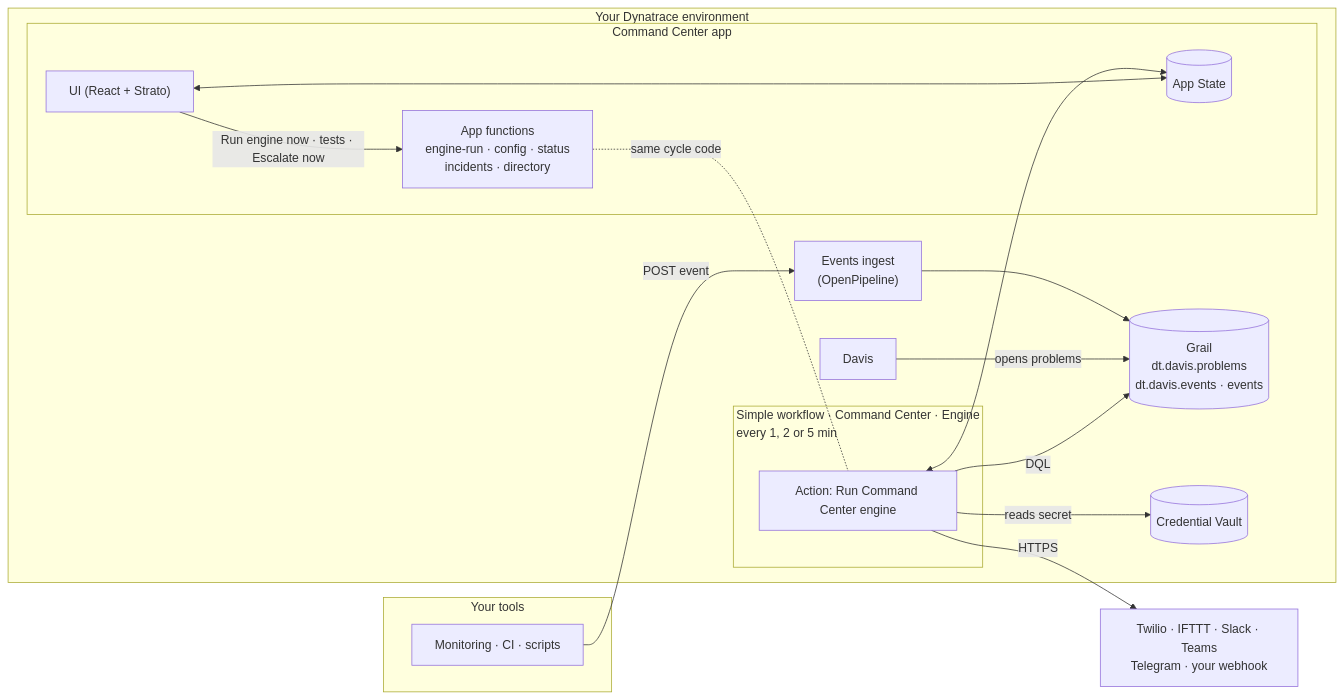
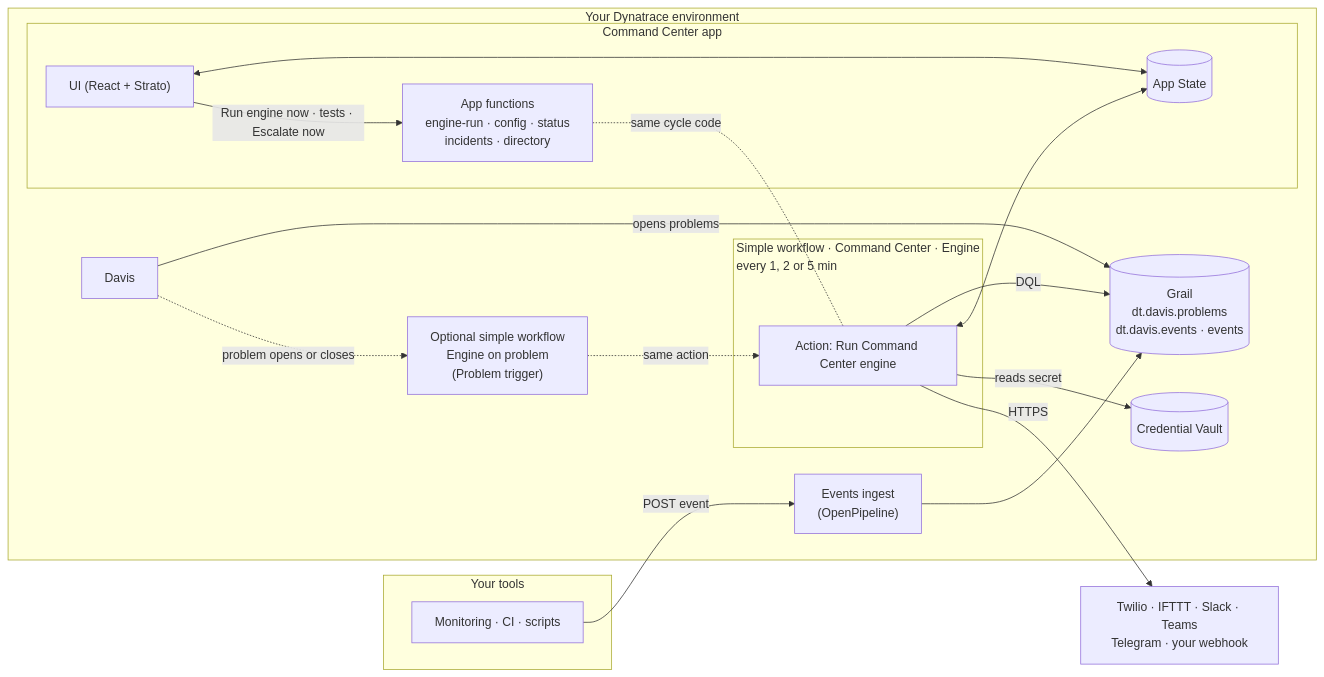
The diagram in docs/guides/en/operations.md (adrianorafael/Command-Center-for-Dynatrace), drawn with Mermaid before and after one commit. The commit also changed other lines of this file and 59 other files, not shown here.

First line of the commit message:
feat(2.3.0): the engine sends by default; optional Engine on problem workflow (Problem trigger)

````diff
--- a/docs/guides/en/operations.md
+++ b/docs/guides/en/operations.md
@@ -7,31 +7,34 @@
 ```mermaid
 flowchart LR
   subgraph Tools["Your tools"]
     T["Monitoring · CI · scripts"]
   end
   subgraph DT["Your Dynatrace environment"]
     API["Events ingest<br/>(OpenPipeline)"]
     DAVIS["Davis"]
     G[("Grail<br/>dt.davis.problems<br/>dt.davis.events · events")]
     subgraph WF["Simple workflow · Command Center · Engine<br/>every 1, 2 or 5 min"]
       A["Action: Run Command Center engine"]
     end
+    OP["Optional simple workflow<br/>Engine on problem<br/>(Problem trigger)"]
     subgraph APP["Command Center app"]
       UI["UI (React + Strato)"]
       F["App functions<br/>engine-run · config · status<br/>incidents · directory"]
       S[("App State")]
     end
     CV[("Credential Vault")]
   end
   P["Twilio · IFTTT · Slack · Teams<br/>Telegram · your webhook"]
 
   T -->|POST event| API --> G
   DAVIS -->|opens problems| G
+  DAVIS -.problem opens or closes.-> OP
+  OP -.same action.-> A
   A -->|DQL| G
   A <--> S
   A -->|reads secret| CV
   A -->|HTTPS| P
   UI <--> S
   UI -->|Run engine now · tests · Escalate now| F
   F -.same cycle code.- A
 ```
````
